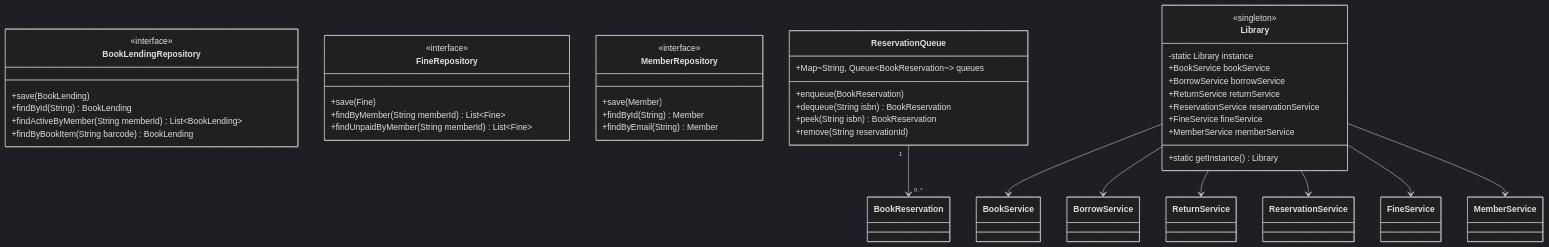
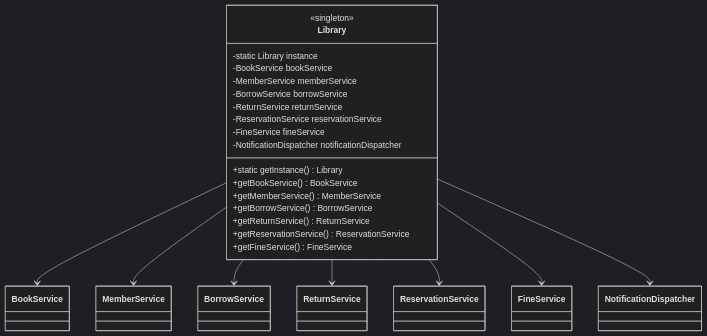
Before and after one commit to Arnavjain1703/LLD: the eighth of 9 diagrams in LibraryManagementSystem/class-diagram.md, drawn with Mermaid (dark theme). The commit also changed other lines of this file, not shown here.

````diff
--- a/LibraryManagementSystem/class-diagram.md
+++ b/LibraryManagementSystem/class-diagram.md
@@ -408,52 +461,29 @@
 ```mermaid
 classDiagram
-    class BookLendingRepository {
-        <<interface>>
-        +save(BookLending)
-        +findById(String) BookLending
-        +findActiveByMember(String memberId) List~BookLending~
-        +findByBookItem(String barcode) BookLending
-    }
-
-    class FineRepository {
-        <<interface>>
-        +save(Fine)
-        +findByMember(String memberId) List~Fine~
-        +findUnpaidByMember(String memberId) List~Fine~
-    }
-
-    class MemberRepository {
-        <<interface>>
-        +save(Member)
-        +findById(String) Member
-        +findByEmail(String) Member
-    }
-
-    class ReservationQueue {
-        +Map~String, Queue~BookReservation~~ queues
-        +enqueue(BookReservation)
-        +dequeue(String isbn) BookReservation
-        +peek(String isbn) BookReservation
-        +remove(String reservationId)
-    }
-
     class Library {
         <<singleton>>
         -static Library instance
-        +BookService bookService
-        +BorrowService borrowService
-        +ReturnService returnService
-        +ReservationService reservationService
-        +FineService fineService
-        +MemberService memberService
+        -BookService bookService
+        -MemberService memberService
+        -BorrowService borrowService
+        -ReturnService returnService
+        -ReservationService reservationService
+        -FineService fineService
+        -NotificationDispatcher notificationDispatcher
         +static getInstance() Library
+        +getBookService() BookService
+        +getMemberService() MemberService
+        +getBorrowService() BorrowService
+        +getReturnService() ReturnService
+        +getReservationService() ReservationService
+        +getFineService() FineService
     }
 
     Library --> BookService
+    Library --> MemberService
     Library --> BorrowService
     Library --> ReturnService
     Library --> ReservationService
     Library --> FineService
-    Library --> MemberService
-    ReservationQueue "1" --> "0..*" BookReservation
+    Library --> NotificationDispatcher
 ```
````
